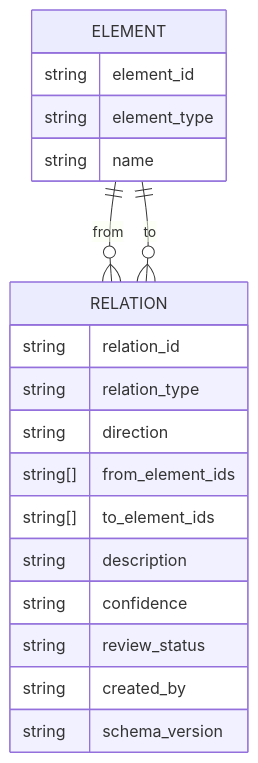
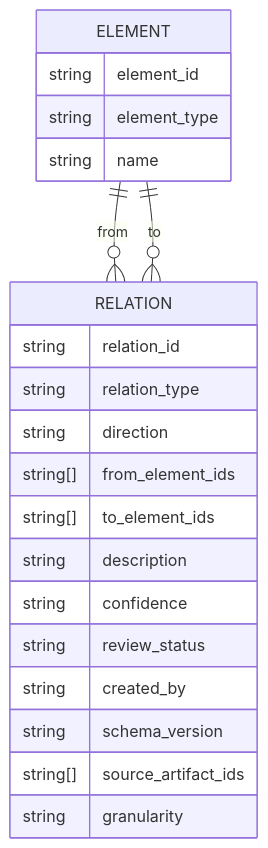
Before and after one commit to kfuruichi0920/d2d: the first of 2 diagrams in docs/trace_detail_requirements.md, drawn with Mermaid. The commit also changed other lines of this file and 1 other file, not shown here.

````diff
--- a/docs/trace_detail_requirements.md
+++ b/docs/trace_detail_requirements.md
@@ -25,22 +25,24 @@
 ```mermaid
 erDiagram
     ELEMENT {
         string element_id
         string element_type
         string name
     }
     RELATION {
         string relation_id
         string relation_type
         string direction
         string[] from_element_ids
         string[] to_element_ids
         string description
         string confidence
         string review_status
         string created_by
         string schema_version
+        string[] source_artifact_ids
+        string granularity
     }
     ELEMENT ||--o{ RELATION : "from"
     ELEMENT ||--o{ RELATION : "to"
 ```
````
